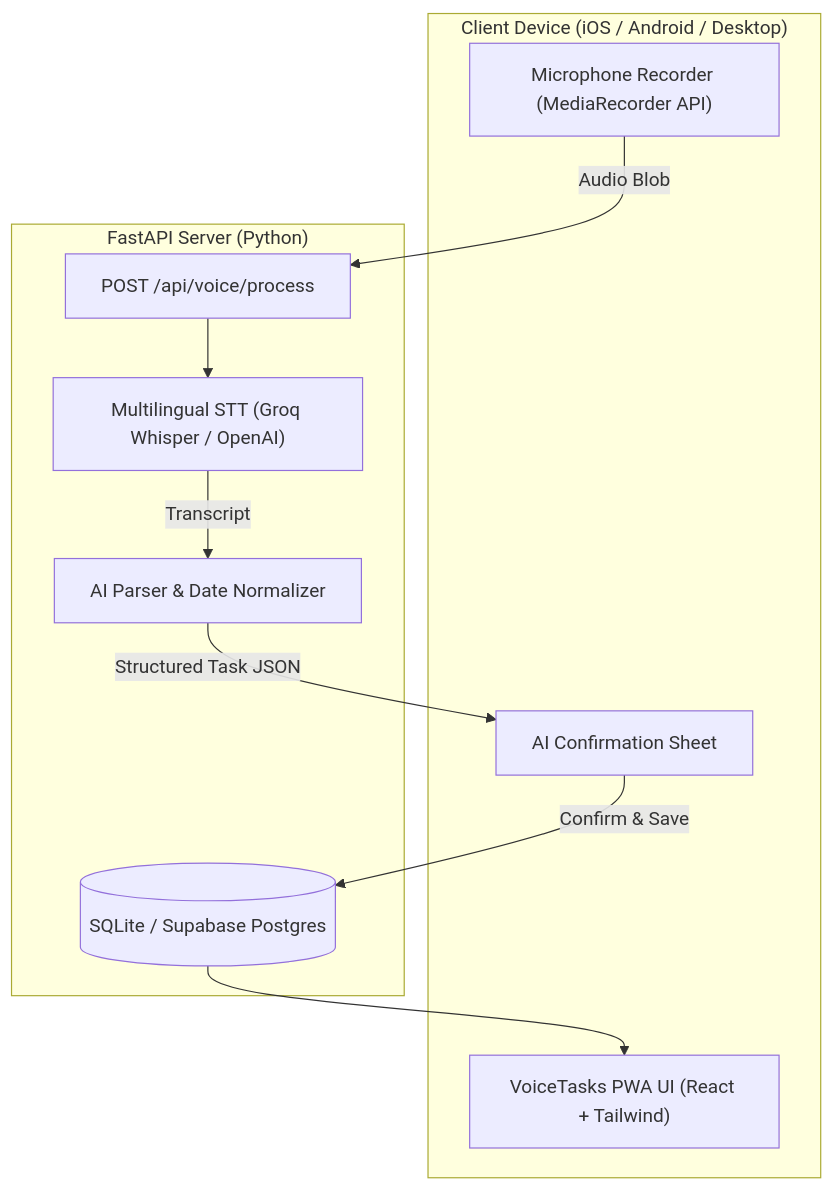
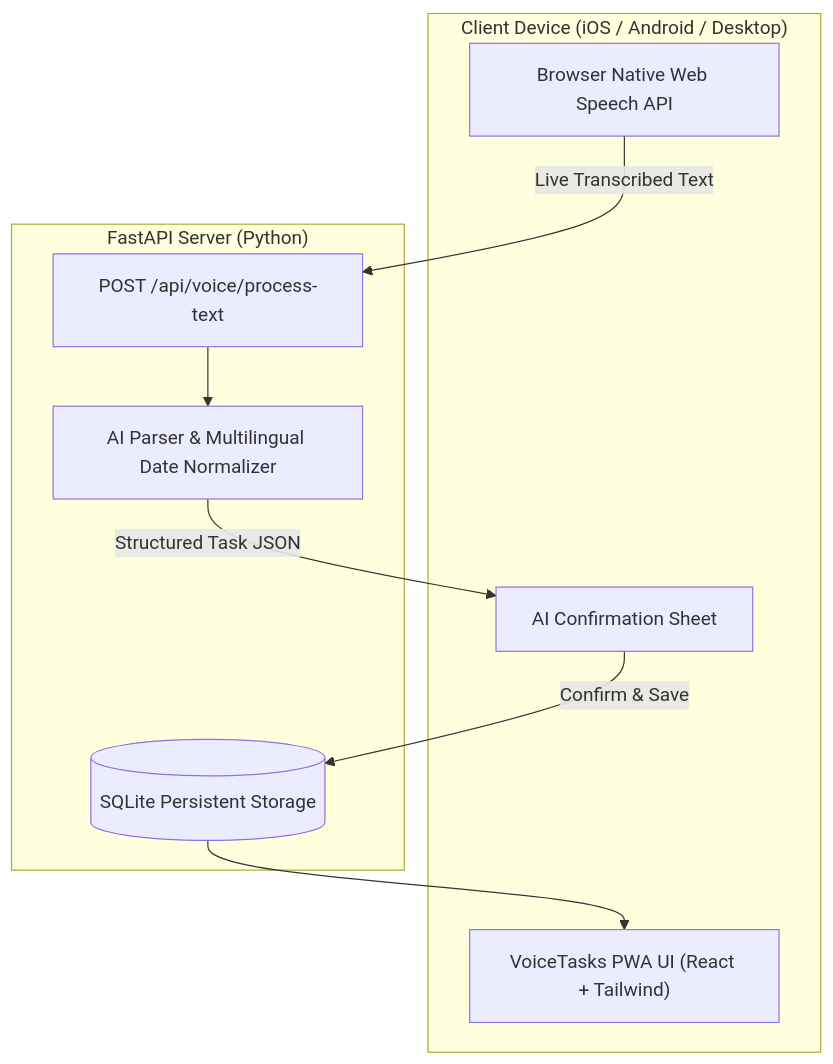
The diagram in README.md (AdnanAK8/VocaTask), drawn with Mermaid before and after one commit. The commit also changed other lines of this file and 16 other files, not shown here.

Commit message:
streamlined to use Browser Native speech recognition exclusively

````diff
--- a/README.md
+++ b/README.md
@@ -32,22 +32,20 @@
 ```mermaid
 flowchart TD
     subgraph Client ["Client Device (iOS / Android / Desktop)"]
         UI["VoiceTasks PWA UI (React + Tailwind)"]
-        MIC["Microphone Recorder (MediaRecorder API)"]
+        MIC["Browser Native Web Speech API"]
         MODAL["AI Confirmation Sheet"]
     end
 
     subgraph Backend ["FastAPI Server (Python)"]
-        API["POST /api/voice/process"]
-        STT["Multilingual STT (Groq Whisper / OpenAI)"]
-        LLM["AI Parser & Date Normalizer"]
-        DB[(SQLite / Supabase Postgres)]
+        API["POST /api/voice/process-text"]
+        LLM["AI Parser & Multilingual Date Normalizer"]
+        DB[(SQLite Persistent Storage)]
     end
 
-    MIC -->|Audio Blob| API
-    API --> STT
-    STT -->|Transcript| LLM
+    MIC -->|Live Transcribed Text| API
+    API --> LLM
     LLM -->|Structured Task JSON| MODAL
     MODAL -->|Confirm & Save| DB
     DB --> UI
 ```
````
